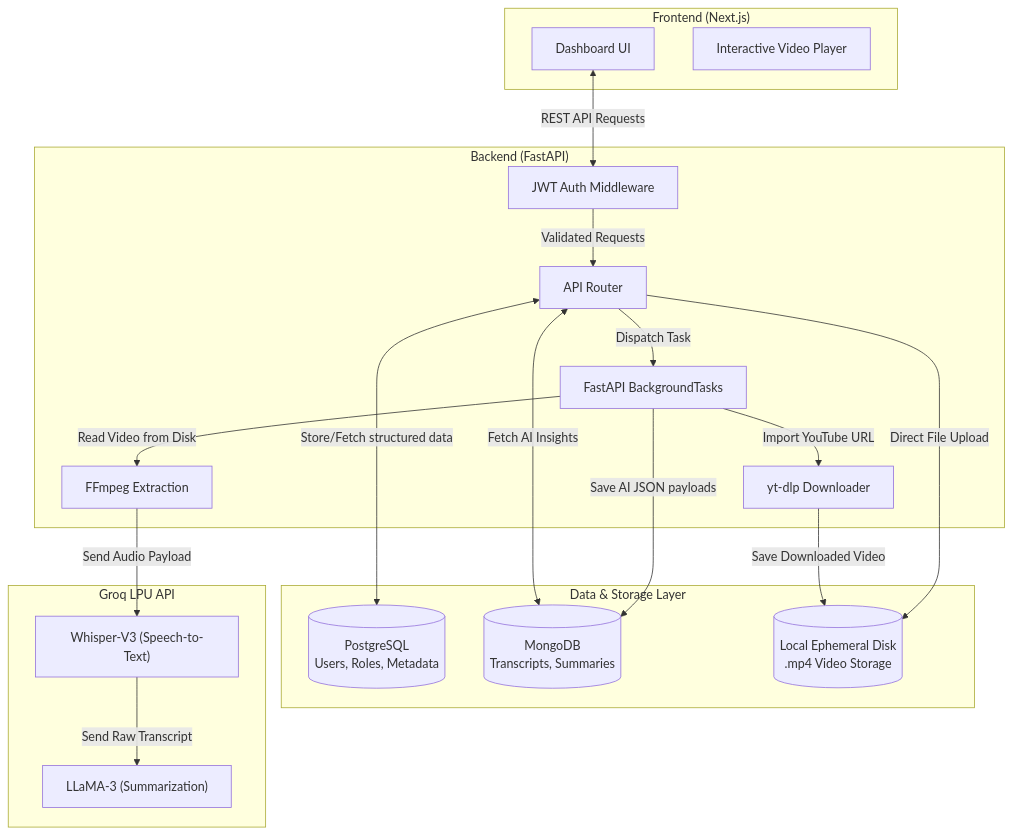
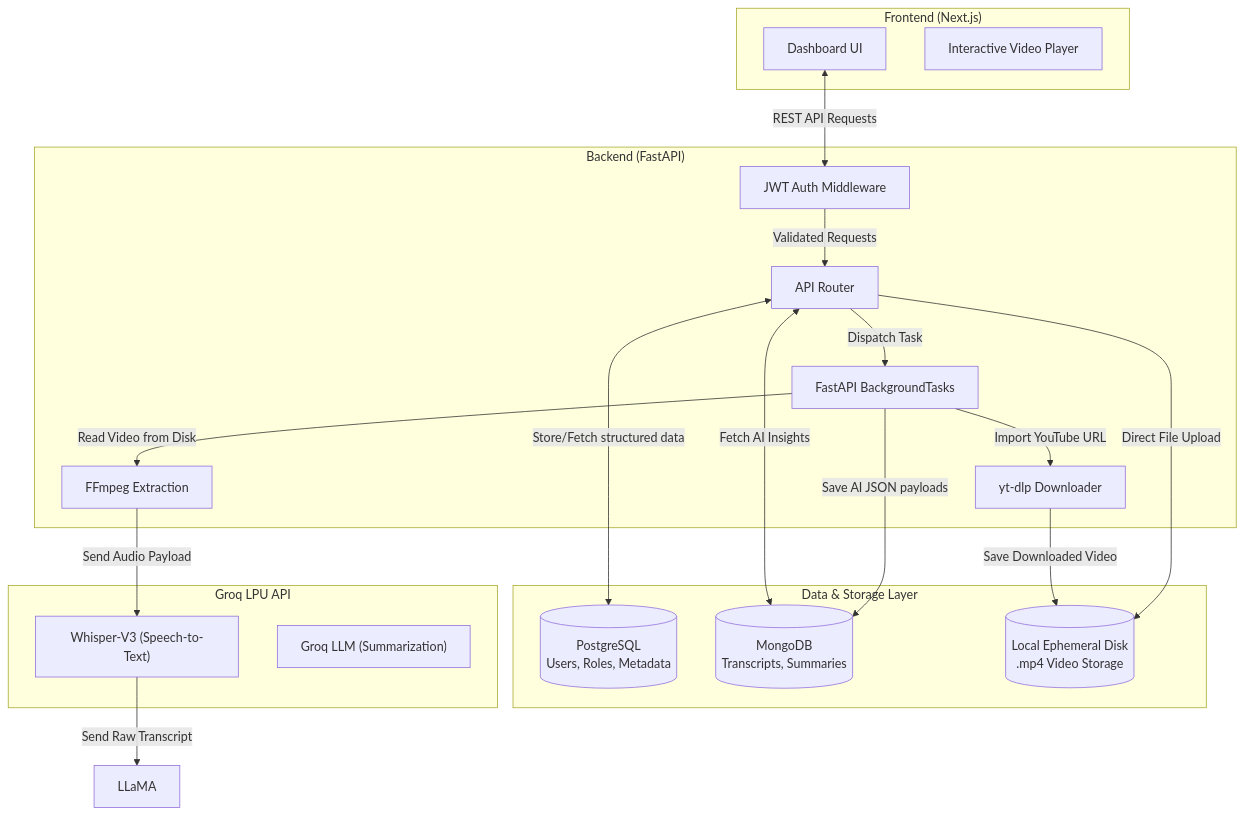
The diagram in README.md (devanshi14malhotra/ClipMind-AI), drawn with Mermaid before and after one commit.

Commit message:
Replace LLaMA-3 with Groq LLM in README

````diff
--- a/README.md
+++ b/README.md
@@ -33,43 +33,43 @@
 ```mermaid
 graph TD
     subgraph Frontend ["Frontend (Next.js)"]
         UI["Dashboard UI"]
         Player["Interactive Video Player"]
     end
 
     subgraph Backend ["Backend (FastAPI)"]
         Auth["JWT Auth Middleware"]
         API["API Router"]
         Worker["FastAPI BackgroundTasks"]
         Audio["FFmpeg Extraction"]
         YTDLP["yt-dlp Downloader"]
     end
 
     subgraph Databases ["Data & Storage Layer"]
         SQL[("PostgreSQL<br>Users, Roles, Metadata")]
         NoSQL[("MongoDB<br>Transcripts, Summaries")]
         Disk[("Local Ephemeral Disk<br>.mp4 Video Storage")]
     end
 
     subgraph AI ["Groq LPU API"]
         Whisper["Whisper-V3 (Speech-to-Text)"]
-        LLaMA["LLaMA-3 (Summarization)"]
+        Groq["Groq LLM (Summarization)"]
     end
 
     UI <-->|REST API Requests| Auth
     Auth -->|Validated Requests| API
     
     API -->|Direct File Upload| Disk
     API -->|Dispatch Task| Worker
     
     Worker -->|Import YouTube URL| YTDLP
     YTDLP -->|Save Downloaded Video| Disk
     
     Worker -->|Read Video from Disk| Audio
     Audio -->|Send Audio Payload| Whisper
     Whisper -->|Send Raw Transcript| LLaMA
     
     API <-->|Store/Fetch structured data| SQL
     Worker -->|Save AI JSON payloads| NoSQL
     API <-->|Fetch AI Insights| NoSQL
 ```
````
